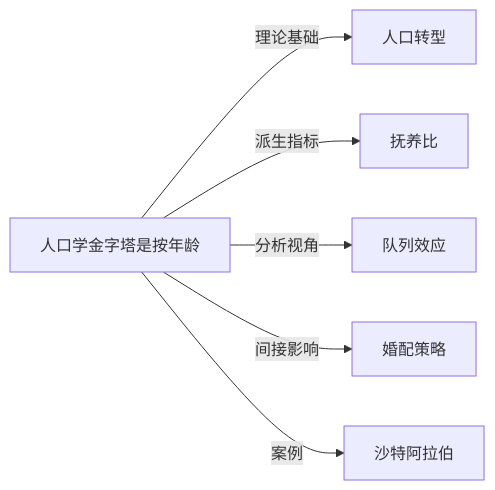
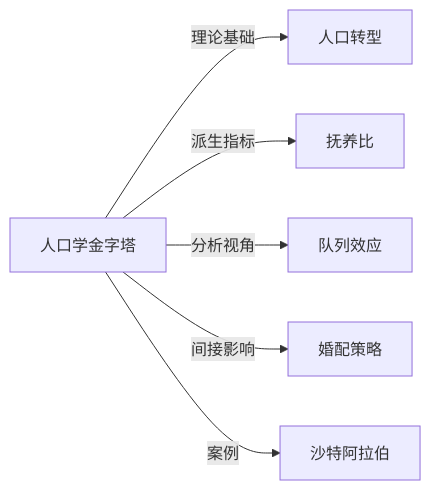
The diagram in Knowledge/Concepts/社会学/人口学金字塔.md (KIMMCHOW/MyKnowledge), drawn with Mermaid before and after one commit. The commit also changed 96 other files, not shown here.

Commit message:
fix: 修复概念页关系图节点并补齐缺失关联

````diff
--- a/Knowledge/Concepts/社会学/人口学金字塔.md
+++ b/Knowledge/Concepts/社会学/人口学金字塔.md
@@ -46,8 +46,8 @@
 ```mermaid
 graph LR
-    人口学金字塔是按年龄 -->|理论基础| 人口转型
-    人口学金字塔是按年龄 -->|派生指标| 抚养比
-    人口学金字塔是按年龄 -->|分析视角| 队列效应
-    人口学金字塔是按年龄 -->|间接影响| 婚配策略
-    人口学金字塔是按年龄 -->|案例| 沙特阿拉伯
+人口学金字塔 -->|理论基础| 人口转型
+人口学金字塔 -->|派生指标| 抚养比
+人口学金字塔 -->|分析视角| 队列效应
+人口学金字塔 -->|间接影响| 婚配策略
+人口学金字塔 -->|案例| 沙特阿拉伯
 ```
````
